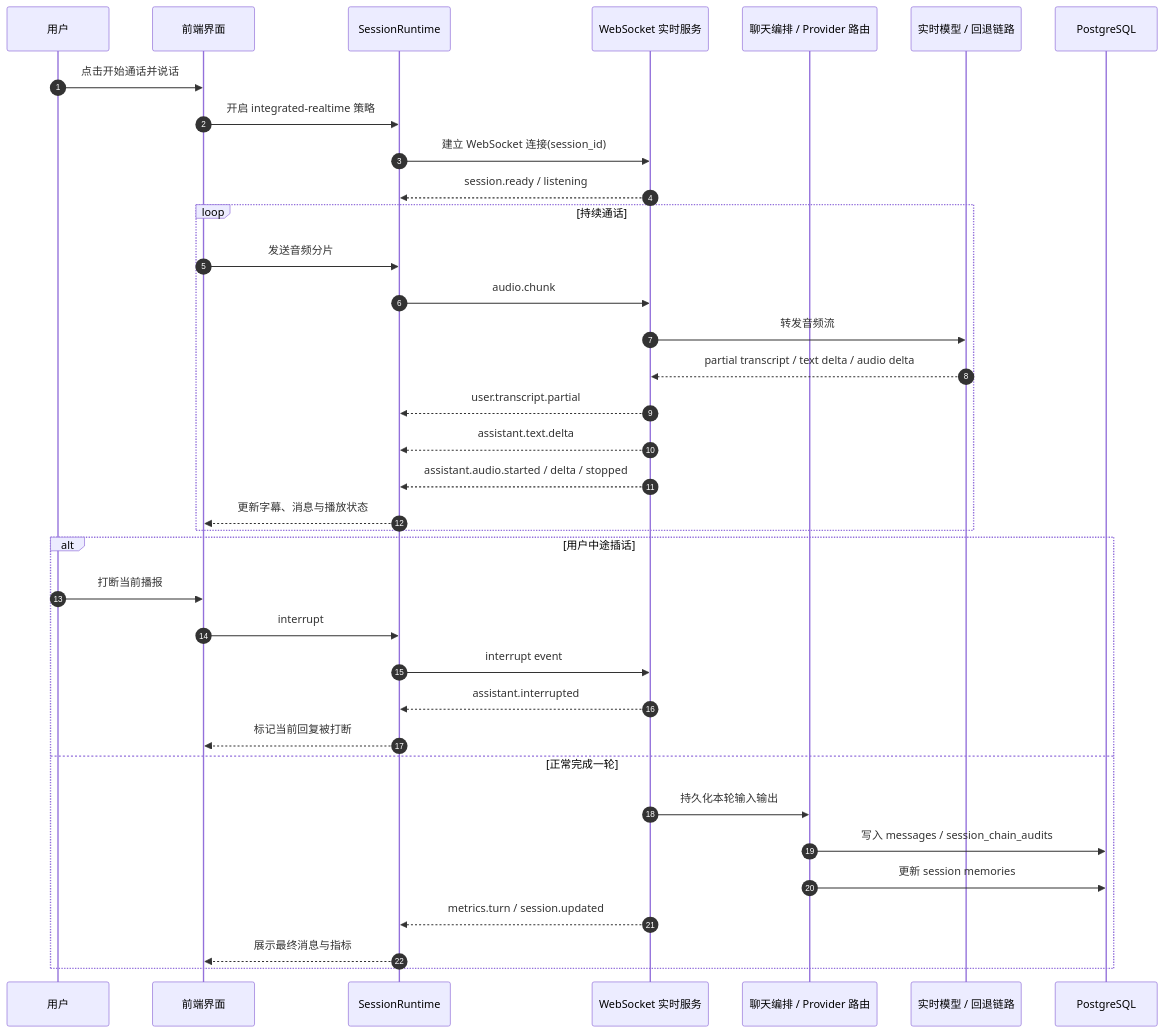
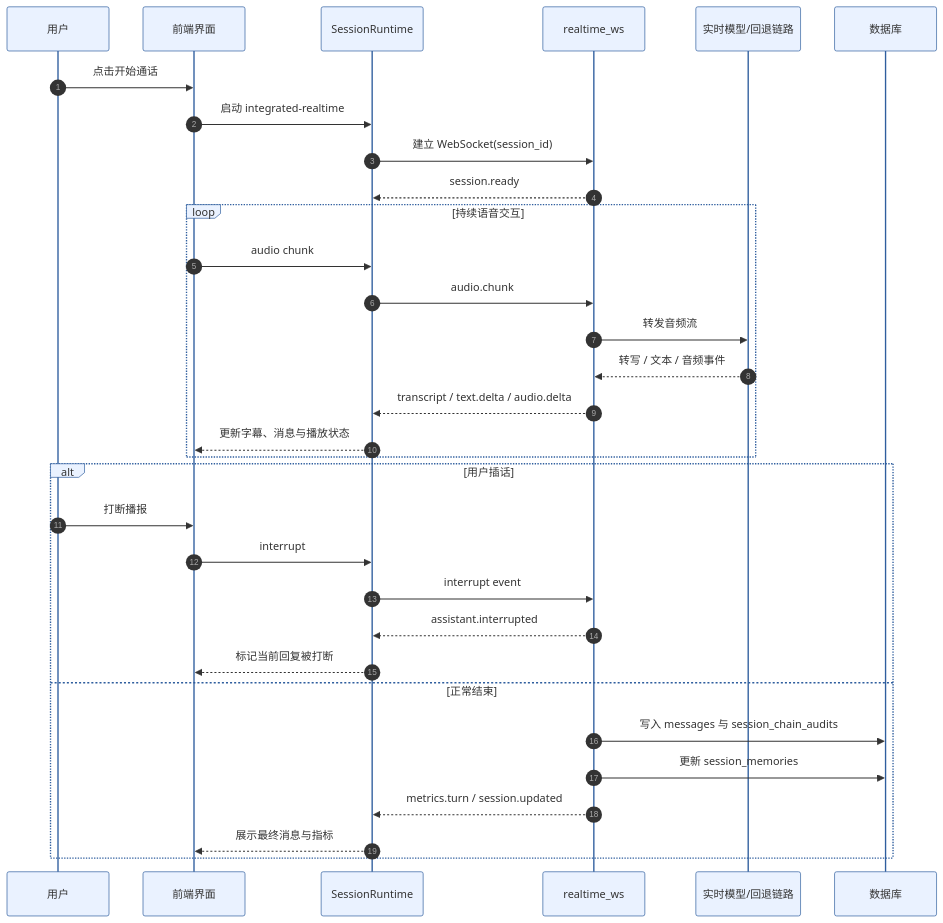
Before and after one commit to liaoyuan775/chatBot: the diagram in output/doc/thesis_diagrams/realtime_sequence.mmd, drawn with Mermaid. The commit also changed 202 other files, not shown here.

```diff
--- a/output/doc/thesis_diagrams/realtime_sequence.mmd
+++ b/output/doc/thesis_diagrams/realtime_sequence.mmd
@@ -1,39 +1,36 @@
+%%{init: {"theme": "base", "themeVariables": {"fontFamily": "Microsoft YaHei, SimSun, Arial", "fontSize": "18px", "primaryColor": "#EAF2FF", "primaryBorderColor": "#2F5E9E", "lineColor": "#555555", "actorBkg": "#EAF2FF", "actorBorder": "#2F5E9E"}}}%%
 sequenceDiagram
   autonumber
   participant U as 用户
   participant FE as 前端界面
   participant RT as SessionRuntime
-  participant WS as WebSocket 实时服务
-  participant CH as 聊天编排 / Provider 路由
-  participant OM as 实时模型 / 回退链路
-  participant DB as PostgreSQL
+  participant WS as realtime_ws
+  participant M as 实时模型/回退链路
+  participant DB as 数据库
 
-  U->>FE: 点击开始通话并说话
-  FE->>RT: 开启 integrated-realtime 策略
-  RT->>WS: 建立 WebSocket 连接(session_id)
-  WS-->>RT: session.ready / listening
+  U->>FE: 点击开始通话
+  FE->>RT: 启动 integrated-realtime
+  RT->>WS: 建立 WebSocket(session_id)
+  WS-->>RT: session.ready
 
-  loop 持续通话
-    FE->>RT: 发送音频分片
+  loop 持续语音交互
+    FE->>RT: audio chunk
     RT->>WS: audio.chunk
-    WS->>OM: 转发音频流
-    OM-->>WS: partial transcript / text delta / audio delta
-    WS-->>RT: user.transcript.partial
-    WS-->>RT: assistant.text.delta
-    WS-->>RT: assistant.audio.started / delta / stopped
+    WS->>M: 转发音频流
+    M-->>WS: 转写 / 文本 / 音频事件
+    WS-->>RT: transcript / text.delta / audio.delta
     RT-->>FE: 更新字幕、消息与播放状态
   end
 
-  alt 用户中途插话
-    U->>FE: 打断当前播报
+  alt 用户插话
+    U->>FE: 打断播报
     FE->>RT: interrupt
     RT->>WS: interrupt event
     WS-->>RT: assistant.interrupted
     RT-->>FE: 标记当前回复被打断
-  else 正常完成一轮
-    WS->>CH: 持久化本轮输入输出
-    CH->>DB: 写入 messages / session_chain_audits
-    CH->>DB: 更新 session memories
+  else 正常结束
+    WS->>DB: 写入 messages 与 session_chain_audits
+    WS->>DB: 更新 session_memories
     WS-->>RT: metrics.turn / session.updated
     RT-->>FE: 展示最终消息与指标
   end
```
